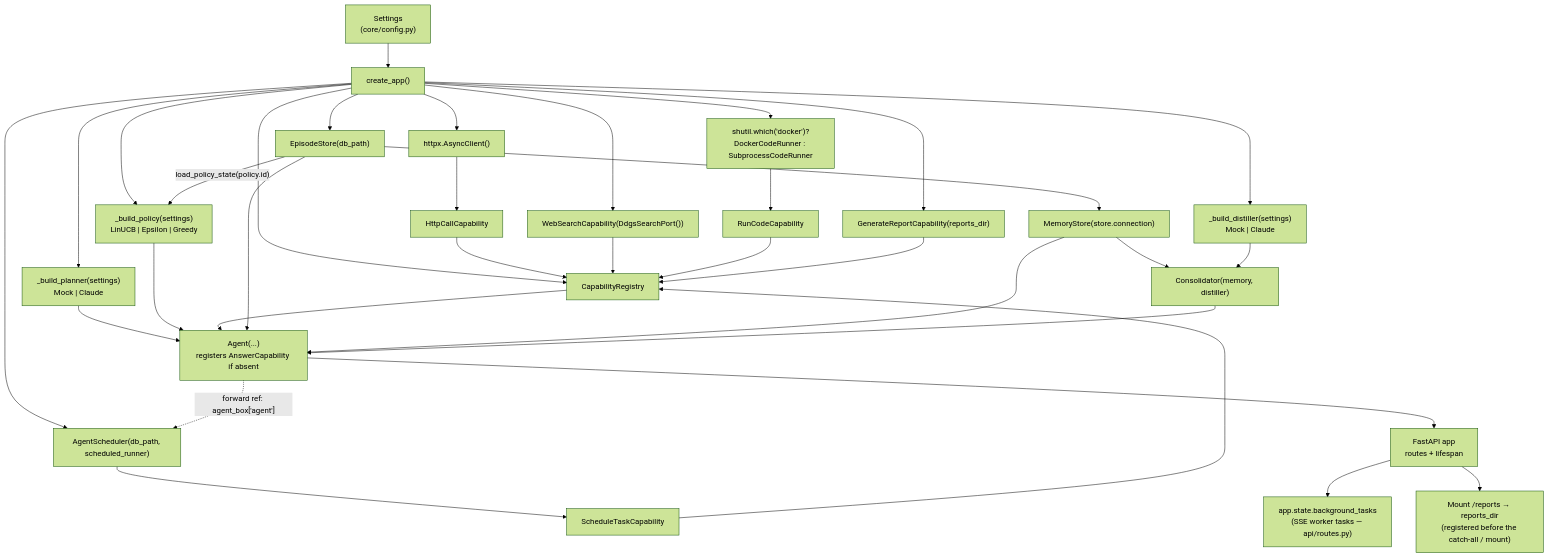
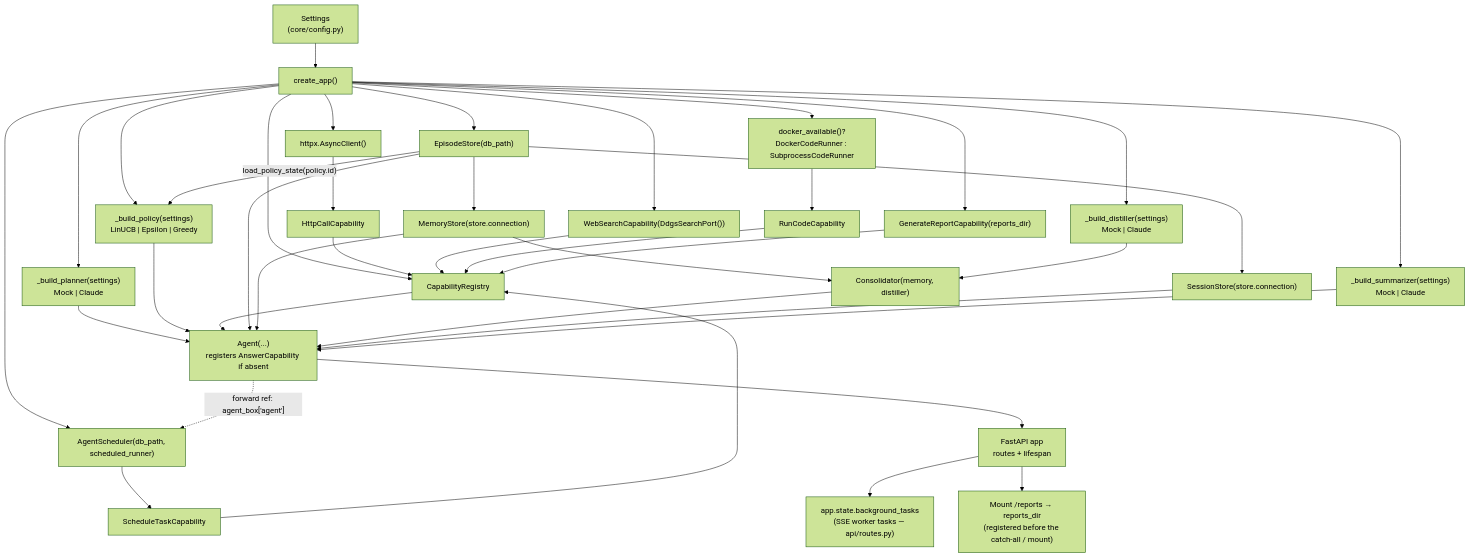
One commit to nadermedhet148/agentic-rl changed the fifth of 6 diagrams in docs/ARCHITECTURE.md. Above: the diagram before and after it, drawn with Mermaid (forest theme). The commit also changed other lines of this file and 23 other files, not shown here.

````diff
--- a/docs/ARCHITECTURE.md
+++ b/docs/ARCHITECTURE.md
@@ -309,31 +340,35 @@
 ```mermaid
 graph TB
     Settings["Settings<br/>(core/config.py)"] --> create_app["create_app()"]
     create_app --> httpClient["httpx.AsyncClient()"]
     create_app --> store["EpisodeStore(db_path)"]
     store --> memory["MemoryStore(store.connection)"]
+    store --> sessions2["SessionStore(store.connection)"]
     create_app --> registry["CapabilityRegistry"]
     httpClient --> HttpCap2["HttpCallCapability"] --> registry
     create_app --> agentScheduler["AgentScheduler(db_path, scheduled_runner)"]
     agentScheduler --> SchedCap2["ScheduleTaskCapability"] --> registry
     create_app --> SearchCap2["WebSearchCapability(DdgsSearchPort())"] --> registry
-    create_app --> codeRunner["shutil.which('docker')?<br/>DockerCodeRunner : SubprocessCodeRunner"]
+    create_app --> codeRunner["docker_available()?<br/>DockerCodeRunner : SubprocessCodeRunner"]
     codeRunner --> RunCodeCap2["RunCodeCapability"] --> registry
     create_app --> ReportCap2["GenerateReportCapability(reports_dir)"] --> registry
     create_app --> planner2["_build_planner(settings)<br/>Mock | Claude"]
     create_app --> policy2["_build_policy(settings)<br/>LinUCB | Epsilon | Greedy"]
     store -->|"load_policy_state(policy.id)"| policy2
     create_app --> distiller2["_build_distiller(settings)<br/>Mock | Claude"]
+    create_app --> summarizer2["_build_summarizer(settings)<br/>Mock | Claude"]
     memory --> consolidator["Consolidator(memory, distiller)"]
     distiller2 --> consolidator
     planner2 --> agent2["Agent(...)<br/>registers AnswerCapability if absent"]
     policy2 --> agent2
     registry --> agent2
     store --> agent2
     memory --> agent2
     consolidator --> agent2
+    sessions2 --> agent2
+    summarizer2 --> agent2
     agent2 -.->|"forward ref: agent_box['agent']"| agentScheduler
     agent2 --> FastAPI["FastAPI app<br/>routes + lifespan"]
     FastAPI --> bgTasks["app.state.background_tasks<br/>(SSE worker tasks — api/routes.py)"]
     FastAPI --> reportsMount["Mount /reports → reports_dir<br/>(registered before the catch-all / mount)"]
 ```
````
